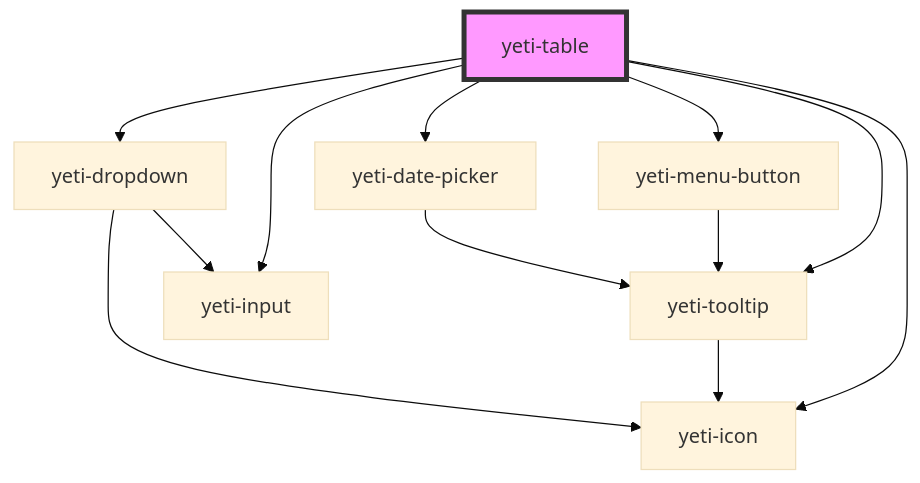
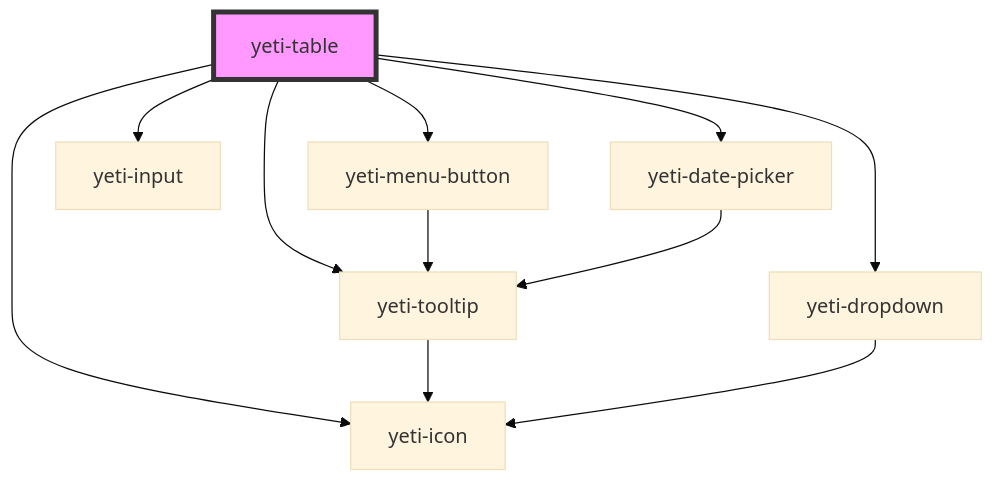
One commit to msoltvedt/yeti changed the diagram in src/components/yeti-table/readme.md. Above: the diagram before and after it, drawn with Mermaid (base theme). The commit also changed 118 other files, not shown here.

````diff
--- a/src/components/yeti-table/readme.md
+++ b/src/components/yeti-table/readme.md
@@ -47,15 +47,14 @@
 ```mermaid
 graph TD;
   yeti-table --> yeti-icon
   yeti-table --> yeti-menu-button
   yeti-table --> yeti-tooltip
   yeti-table --> yeti-input
   yeti-table --> yeti-date-picker
   yeti-table --> yeti-dropdown
   yeti-menu-button --> yeti-tooltip
   yeti-tooltip --> yeti-icon
   yeti-date-picker --> yeti-tooltip
-  yeti-dropdown --> yeti-input
   yeti-dropdown --> yeti-icon
   style yeti-table fill:#f9f,stroke:#333,stroke-width:4px
 ```
````
